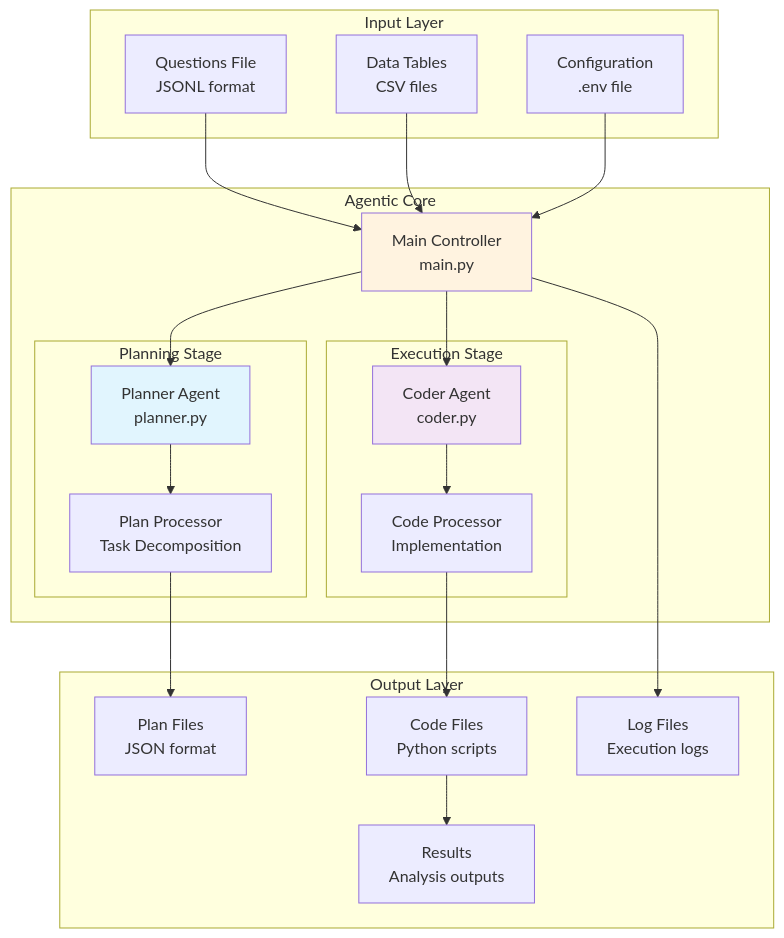
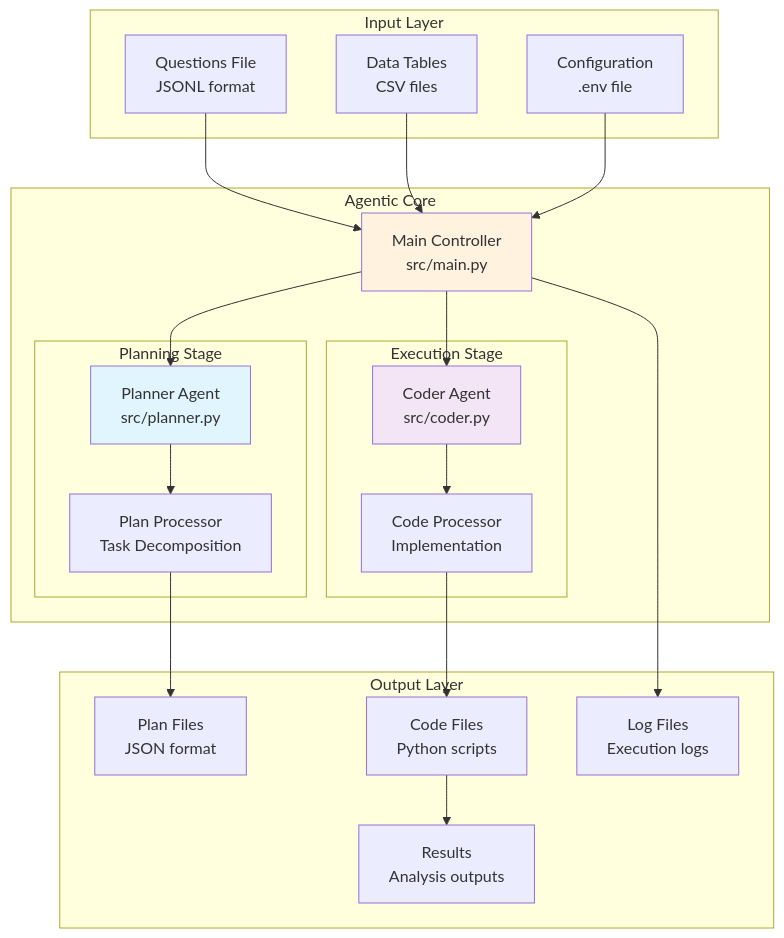
The first of 4 diagrams in README.md (brisacoder/data-analysis-agent), drawn with Mermaid before and after one commit. The commit also changed other lines of this file and 24 other files, not shown here.

````diff
--- a/README.md
+++ b/README.md
@@ -22,48 +22,48 @@
 ```mermaid
 graph TB
     subgraph "Input Layer"
         Q[Questions File<br/>JSONL format]
         D[Data Tables<br/>CSV files]
         C[Configuration<br/>.env file]
     end
     
     subgraph "Agentic Core"
-        M[Main Controller<br/>main.py]
+        M[Main Controller<br/>src/main.py]
         
         subgraph "Planning Stage"
-            PA[Planner Agent<br/>planner.py]
+            PA[Planner Agent<br/>src/planner.py]
             PP[Plan Processor<br/>Task Decomposition]
         end
         
         subgraph "Execution Stage"
-            CA[Coder Agent<br/>coder.py]
+            CA[Coder Agent<br/>src/coder.py]
             CP[Code Processor<br/>Implementation]
         end
     end
     
     subgraph "Output Layer"
         PF[Plan Files<br/>JSON format]
         CF[Code Files<br/>Python scripts]
         LF[Log Files<br/>Execution logs]
         RF[Results<br/>Analysis outputs]
     end
     
     Q --> M
     D --> M
     C --> M
     
     M --> PA
     PA --> PP
     PP --> PF
     
     M --> CA
     CA --> CP
     CP --> CF
     
     CF --> RF
     M --> LF
     
     style PA fill:#e1f5fe
     style CA fill:#f3e5f5
     style M fill:#fff3e0
 ```
````
